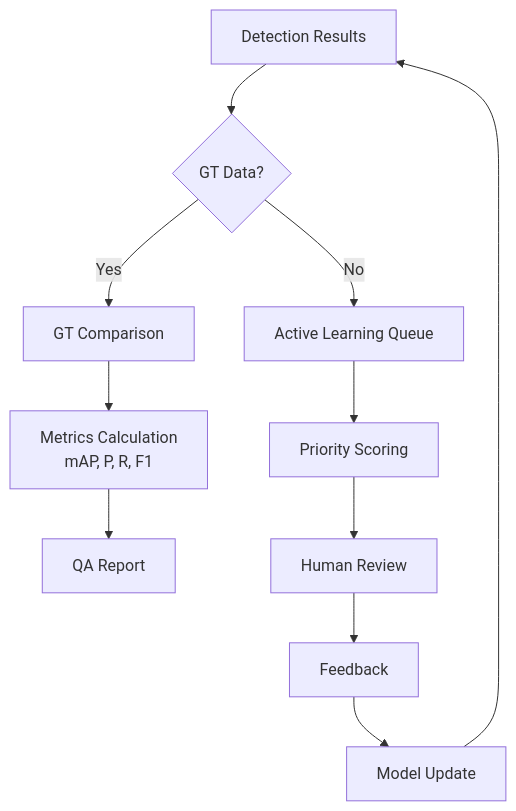
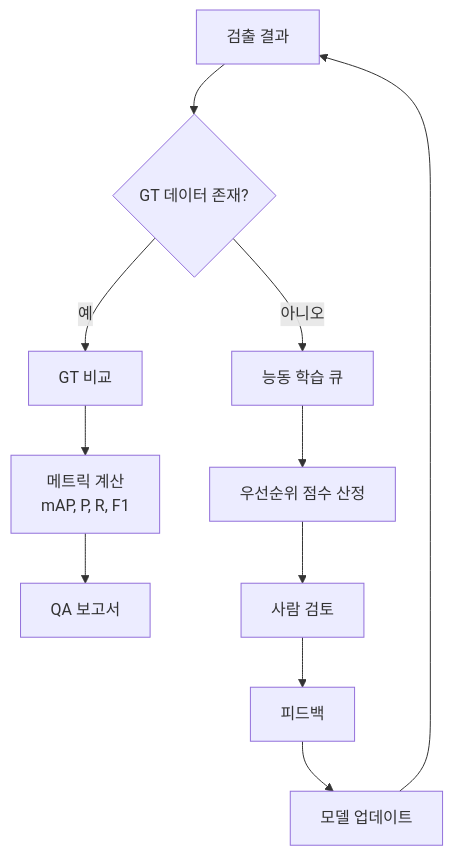
One commit to uprootai/AX_OCR changed the diagram in docs-site/docs/quality-assurance/index.md. Above: the diagram before and after it, drawn with Mermaid. The commit also changed other lines of this file and 64 other files, not shown here.

````diff
--- a/docs-site/docs/quality-assurance/index.md
+++ b/docs-site/docs/quality-assurance/index.md
@@ -13,14 +13,14 @@
 ```mermaid
 flowchart TD
-    DET["Detection Results"] --> GT{"GT Data?"}
-    GT -->|Yes| COMP["GT Comparison"]
-    GT -->|No| AL["Active Learning Queue"]
-    COMP --> METRICS["Metrics Calculation\nmAP, P, R, F1"]
-    METRICS --> REPORT["QA Report"]
+    DET["검출 결과"] --> GT{"GT 데이터 존재?"}
+    GT -->|예| COMP["GT 비교"]
+    GT -->|아니오| AL["능동 학습 큐"]
+    COMP --> METRICS["메트릭 계산\nmAP, P, R, F1"]
+    METRICS --> REPORT["QA 보고서"]
 
-    AL --> PRIORITY["Priority Scoring"]
-    PRIORITY --> REVIEW["Human Review"]
-    REVIEW --> FEEDBACK["Feedback"]
-    FEEDBACK --> RETRAIN["Model Update"]
+    AL --> PRIORITY["우선순위 점수 산정"]
+    PRIORITY --> REVIEW["사람 검토"]
+    REVIEW --> FEEDBACK["피드백"]
+    FEEDBACK --> RETRAIN["모델 업데이트"]
     RETRAIN --> DET
 ```
````
